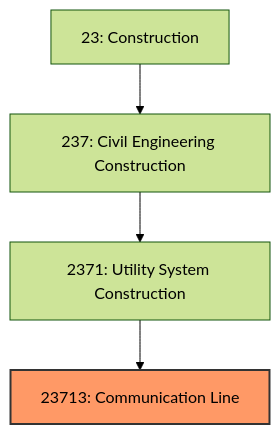
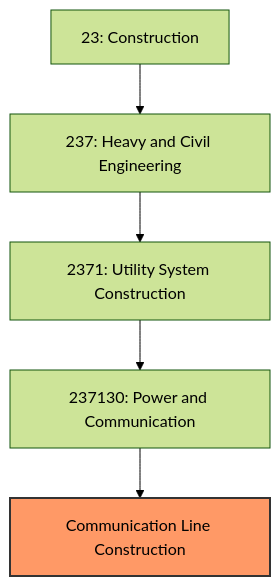
The first of 2 diagrams in industries/Construction/CivilEngineeringConstruction/UtilitySystemConstruction/CommunicationLine.mdx (kziemski/business.org.ai), drawn with Mermaid (forest theme) before and after one commit. The commit also changed other lines of this file and 67 other files, not shown here.

````diff
--- a/industries/Construction/CivilEngineeringConstruction/UtilitySystemConstruction/CommunicationLine.mdx
+++ b/industries/Construction/CivilEngineeringConstruction/UtilitySystemConstruction/CommunicationLine.mdx
@@ -20,8 +35,9 @@
 ```mermaid
 graph TD
     S23["23: Construction"]
-    S23 --> N237["237: Civil Engineering Construction"]
+    S23 --> N237["237: Heavy and Civil Engineering"]
     N237 --> N2371["2371: Utility System Construction"]
-    N2371 --> N23713["23713: Communication Line"]
-    style N23713 fill:#f96,stroke:#333,stroke-width:2px
+    N2371 --> N237130["237130: Power and Communication"]
+    N237130 --> Comm["Communication Line Construction"]
+    style Comm fill:#f96,stroke:#333,stroke-width:2px
 ```
````
